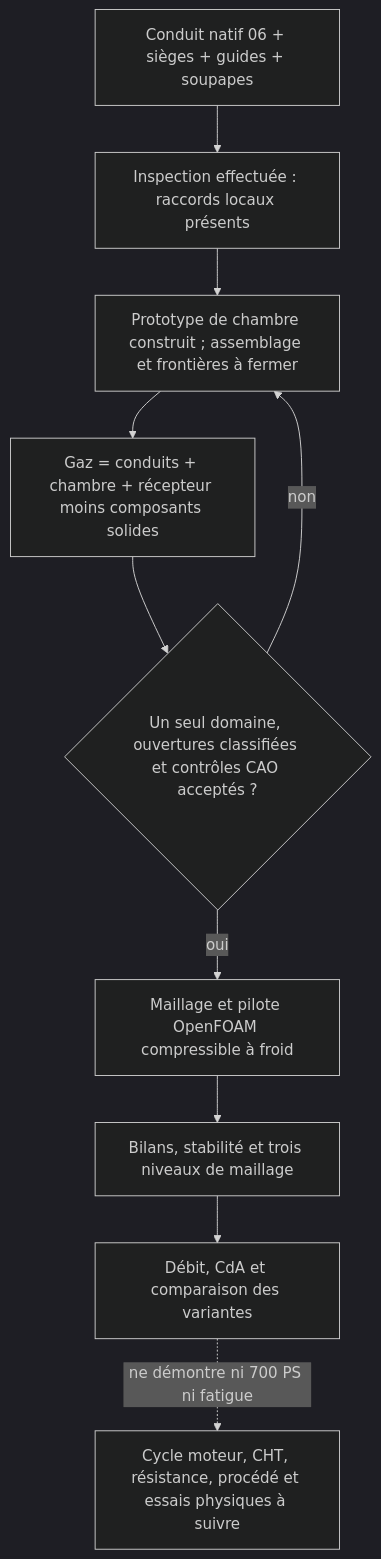
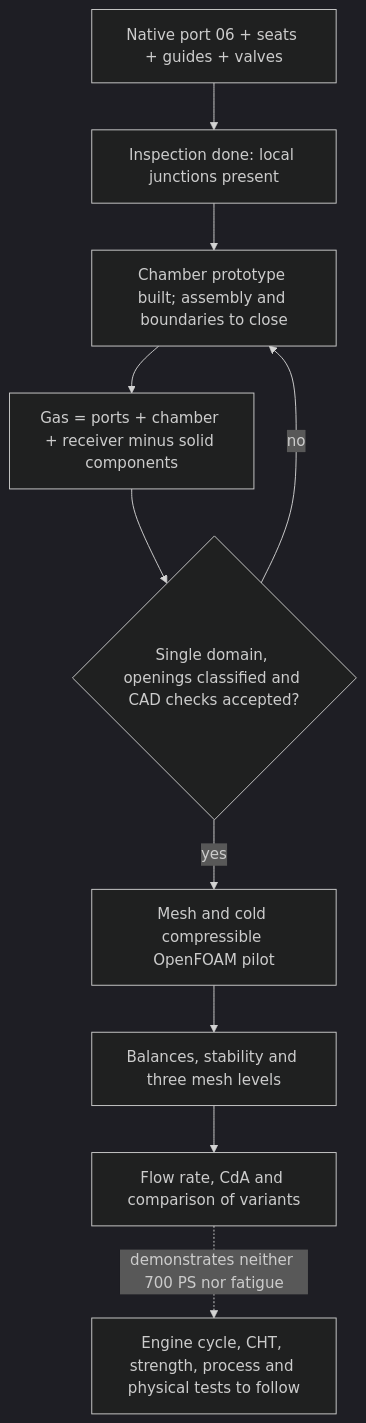
One commit to cluster2600/porscheparts changed the diagram in docs/reports/M64_ADMISSION_CHAMBRE_20260908.md. Above: the diagram before and after it, drawn with Mermaid (dark theme). The commit also changed other lines of this file and 228 other files, not shown here.

````diff
--- a/docs/reports/M64_ADMISSION_CHAMBRE_20260908.md
+++ b/docs/reports/M64_ADMISSION_CHAMBRE_20260908.md
@@ -118,12 +120,12 @@
 ```mermaid
 flowchart TD
-    A["Conduit natif 06 + sièges + guides + soupapes"] --> B["Inspection effectuée : raccords locaux présents"]
-    B --> C["Prototype de chambre construit ; assemblage et frontières à fermer"]
-    C --> D["Gaz = conduits + chambre + récepteur moins composants solides"]
-    D --> E{"Un seul domaine, ouvertures classifiées et contrôles CAO acceptés ?"}
-    E -- non --> C
-    E -- oui --> F["Maillage et pilote OpenFOAM compressible à froid"]
-    F --> G["Bilans, stabilité et trois niveaux de maillage"]
-    G --> H["Débit, CdA et comparaison des variantes"]
-    H -. "ne démontre ni 700 PS ni fatigue" .-> I["Cycle moteur, CHT, résistance, procédé et essais physiques à suivre"]
+    A["Native port 06 + seats + guides + valves"] --> B["Inspection done: local junctions present"]
+    B --> C["Chamber prototype built; assembly and boundaries to close"]
+    C --> D["Gas = ports + chamber + receiver minus solid components"]
+    D --> E{"Single domain, openings classified and CAD checks accepted?"}
+    E -- no --> C
+    E -- yes --> F["Mesh and cold compressible OpenFOAM pilot"]
+    F --> G["Balances, stability and three mesh levels"]
+    G --> H["Flow rate, CdA and comparison of variants"]
+    H -. "demonstrates neither 700 PS nor fatigue" .-> I["Engine cycle, CHT, strength, process and physical tests to follow"]
 ```
````
